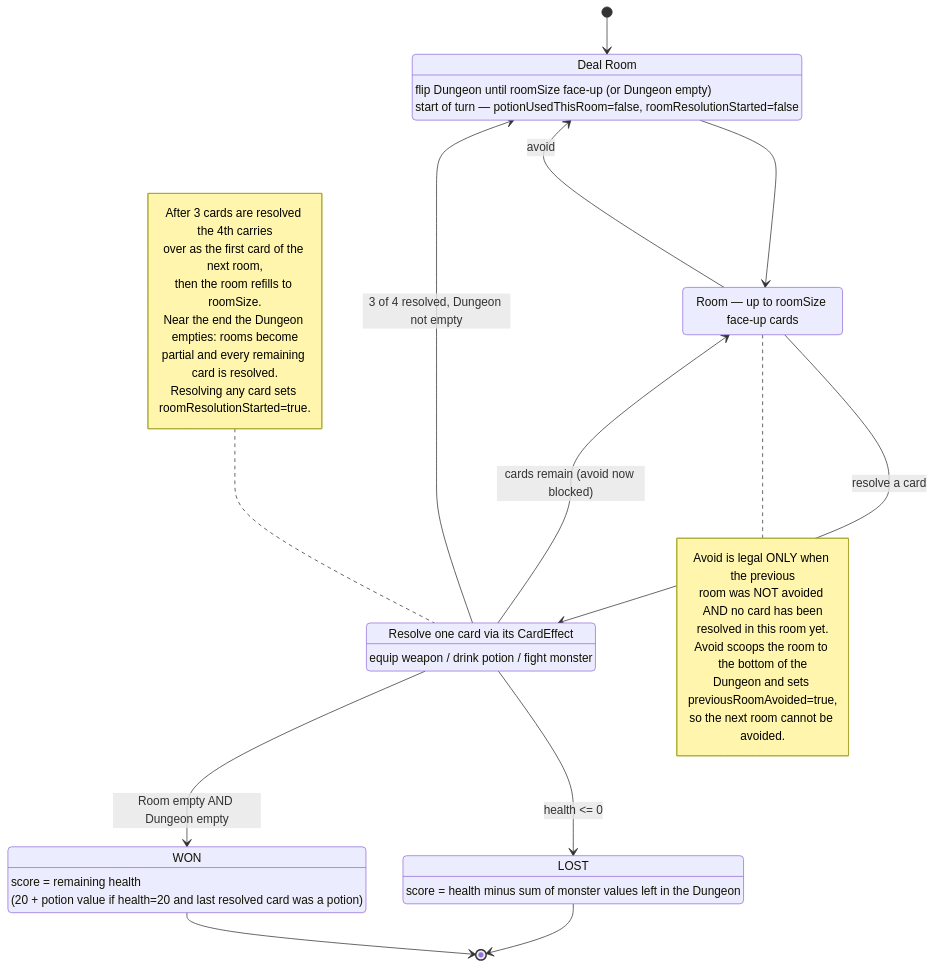
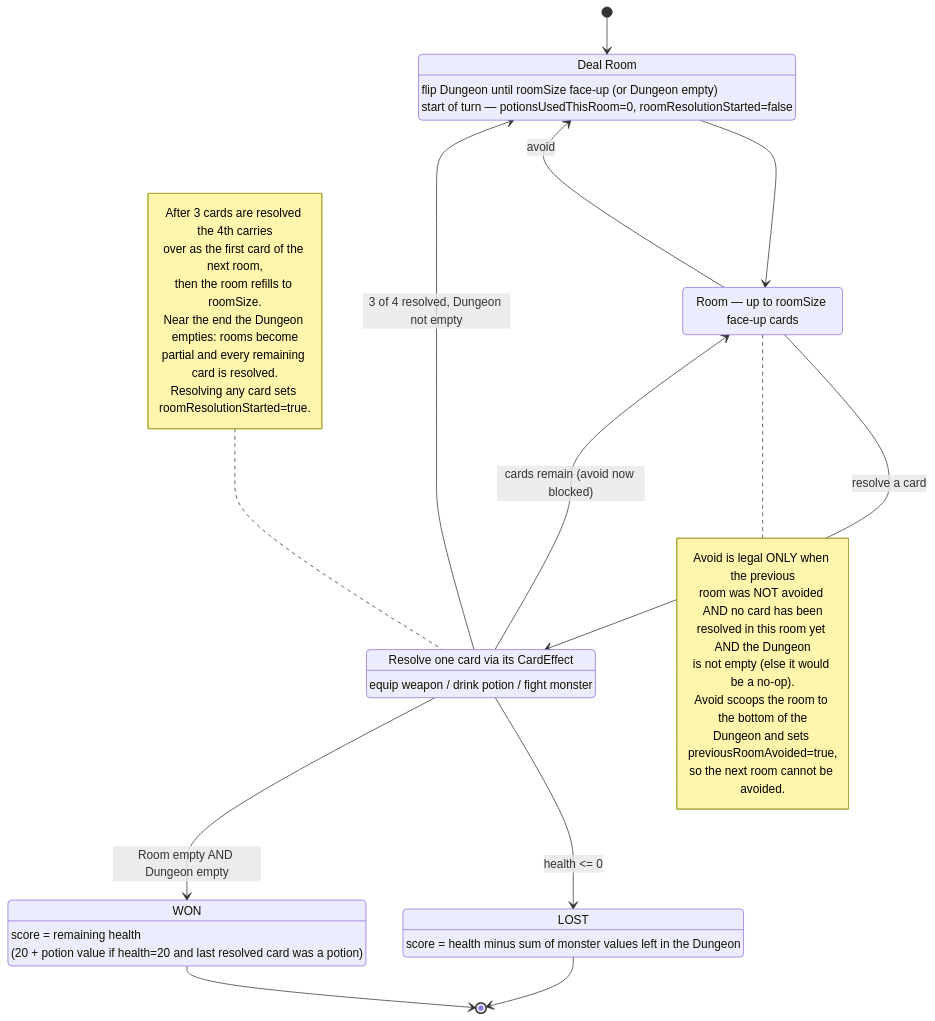
Before and after one commit to tomerba6/scroundel-game: the second of 3 diagrams in docs/design.md, drawn with Mermaid. The commit also changed other lines of this file and 2 other files, not shown here.

First line of the commit message:
Docs: detailed design prose, strict-< weapon degradation, avoid needs non-empty dungeon

````diff
--- a/docs/design.md
+++ b/docs/design.md
@@ -434,46 +442,47 @@
 ```mermaid
 stateDiagram-v2
     [*] --> DealRoom
 
     DealRoom : Deal Room
     DealRoom : flip Dungeon until roomSize face-up (or Dungeon empty)
-    DealRoom : start of turn — potionUsedThisRoom=false, roomResolutionStarted=false
+    DealRoom : start of turn — potionsUsedThisRoom=0, roomResolutionStarted=false
     DealRoom --> Room
 
     Room : Room — up to roomSize face-up cards
     Room --> DealRoom : avoid
     Room --> Resolve : resolve a card
 
     note right of Room
       Avoid is legal ONLY when the previous
       room was NOT avoided AND no card has been
-      resolved in this room yet.
+      resolved in this room yet AND the Dungeon
+      is not empty (else it would be a no-op).
       Avoid scoops the room to the bottom of the
       Dungeon and sets previousRoomAvoided=true,
       so the next room cannot be avoided.
     end note
 
     Resolve : Resolve one card via its CardEffect
     Resolve : equip weapon / drink potion / fight monster
     Resolve --> Lost : health <= 0
     Resolve --> Won : Room empty AND Dungeon empty
     Resolve --> DealRoom : 3 of 4 resolved, Dungeon not empty
     Resolve --> Room : cards remain (avoid now blocked)
 
     note left of Resolve
       After 3 cards are resolved the 4th carries
       over as the first card of the next room,
       then the room refills to roomSize.
       Near the end the Dungeon empties: rooms become
       partial and every remaining card is resolved.
       Resolving any card sets roomResolutionStarted=true.
     end note
 
     Won : WON
     Won : score = remaining health
     Won : (20 + potion value if health=20 and last resolved card was a potion)
     Lost : LOST
     Lost : score = health minus sum of monster values left in the Dungeon
     Won --> [*]
     Lost --> [*]
 ```
````
